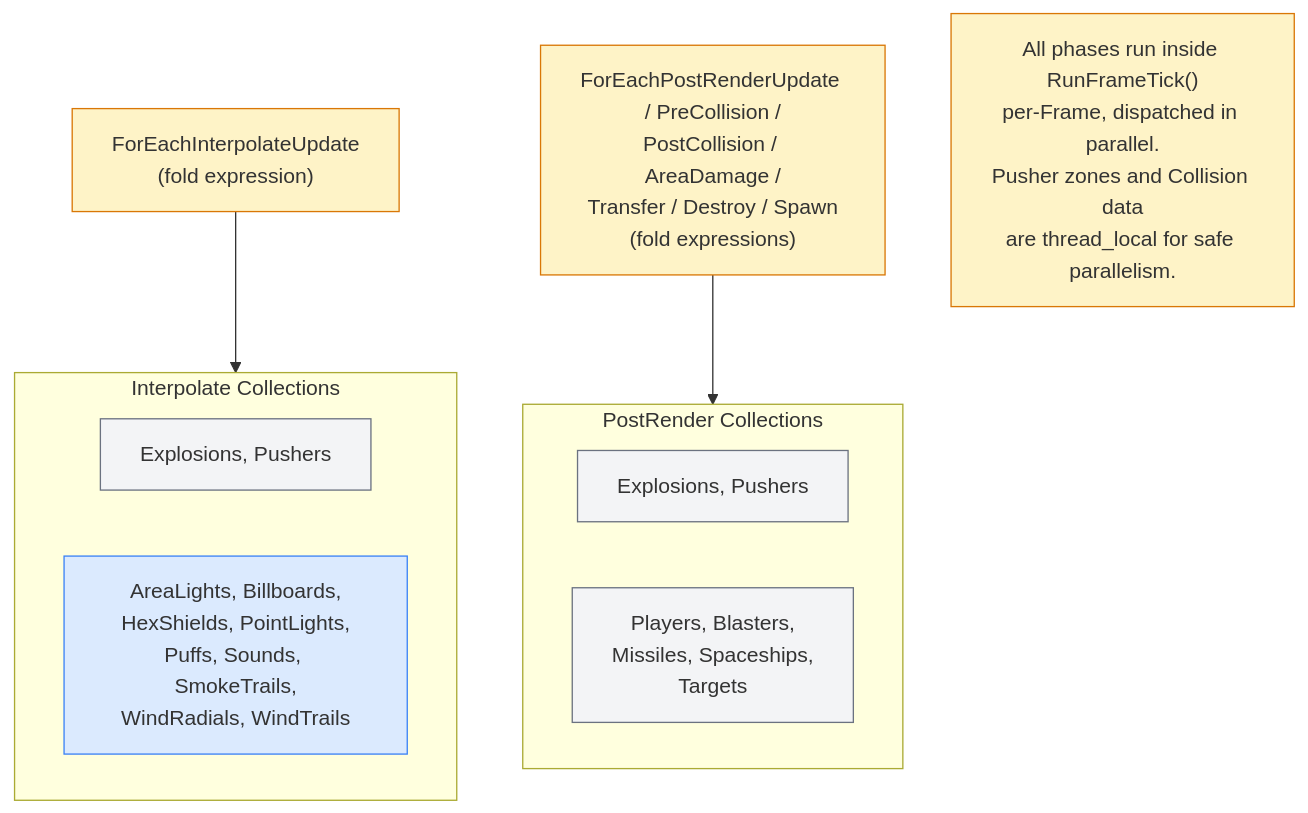
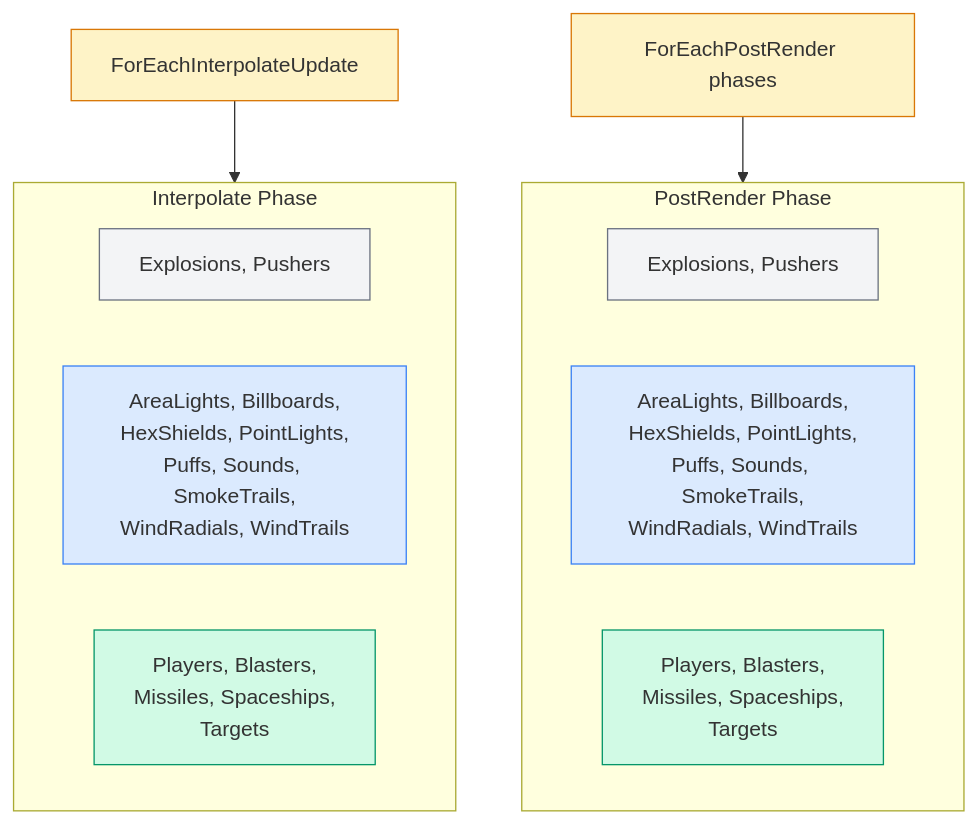
The fifth of 5 diagrams in Documents/Architecture/FrameUpdatePipeline.md (DougTanner/BrokenEnginePublic), drawn with Mermaid before and after one commit. The commit also changed other lines of this file and 66 other files, not shown here.

````diff
--- a/Documents/Architecture/FrameUpdatePipeline.md
+++ b/Documents/Architecture/FrameUpdatePipeline.md
@@ -195,27 +185,28 @@
 ```mermaid
 %%{init: {'theme': 'default'}}%%
 graph TD
     classDef clientOnly fill:#dbeafe,stroke:#3b82f6
     classDef shared fill:#f3f4f6,stroke:#6b7280
+    classDef game fill:#d1fae5,stroke:#059669
     classDef phase fill:#fef3c7,stroke:#d97706
 
-    subgraph interpolate_phase ["Interpolate Collections"]
+    subgraph interpolate_phase ["Interpolate Phase"]
         direction LR
-        i_shared["Explosions, Pushers"]:::shared
+        i_engine["Explosions, Pushers"]:::shared
         i_client["AreaLights, Billboards,<br/>HexShields, PointLights,<br/>Puffs, Sounds, SmokeTrails,<br/>WindRadials, WindTrails"]:::clientOnly
+        i_game["Players, Blasters,<br/>Missiles, Spaceships,<br/>Targets"]:::game
     end
 
-    subgraph postrender_phase ["PostRender Collections"]
+    subgraph postrender_phase ["PostRender Phase"]
         direction LR
         pr_engine["Explosions, Pushers"]:::shared
-        pr_game["Players, Blasters,<br/>Missiles, Spaceships,<br/>Targets"]:::shared
+        pr_client["AreaLights, Billboards,<br/>HexShields, PointLights,<br/>Puffs, Sounds, SmokeTrails,<br/>WindRadials, WindTrails"]:::clientOnly
+        pr_game["Players, Blasters,<br/>Missiles, Spaceships,<br/>Targets"]:::game
     end
 
-    fold_i["ForEachInterpolateUpdate<br/>(fold expression)"]:::phase
-    fold_pr["ForEachPostRenderUpdate / PreCollision /<br/>PostCollision / AreaDamage /<br/>Transfer / Destroy / Spawn<br/>(fold expressions)"]:::phase
-
-    note_threading["All phases run inside RunFrameTick()<br/>per-Frame, dispatched in parallel.<br/>Pusher zones and Collision data<br/>are thread_local for safe parallelism."]:::phase
+    fold_i["ForEachInterpolateUpdate"]:::phase
+    fold_pr["ForEachPostRender phases"]:::phase
 
     fold_i --> interpolate_phase
     fold_pr --> postrender_phase
 ```
````
